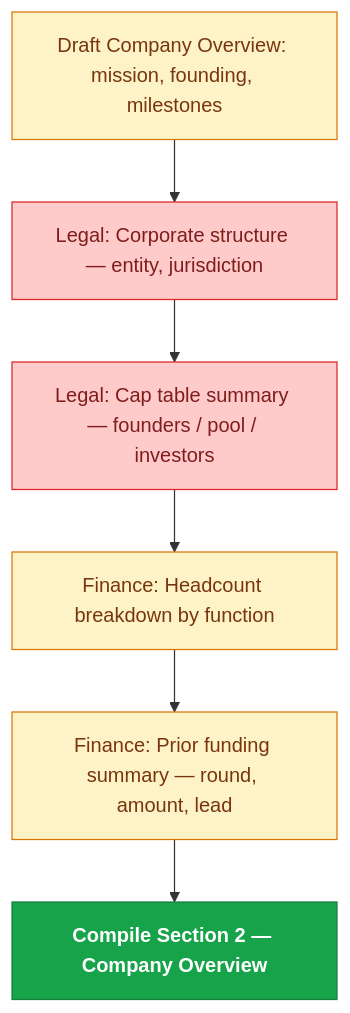
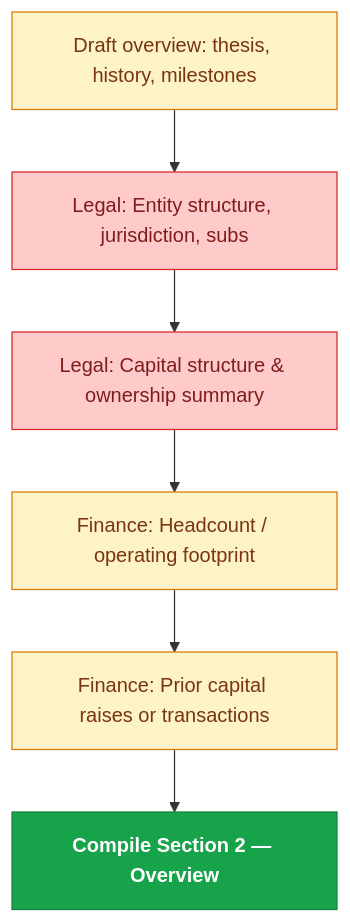
One commit to mrchanpark/IC-Memo-Flow-Chart-V2 changed the fourth of 16 diagrams in README.md. Above: the diagram before and after it, drawn with Mermaid. The commit also changed other lines of this file and 2 other files, not shown here.

````diff
--- a/README.md
+++ b/README.md
@@ -85,11 +86,11 @@
 ```mermaid
 flowchart TB
-  A["Draft Company Overview: mission, founding, milestones"]:::yel --> B["Legal: Corporate structure — entity, jurisdiction"]:::red
-  B --> C["Legal: Cap table summary — founders / pool / investors"]:::red
-  C --> D["Finance: Headcount breakdown by function"]:::yel
-  D --> E["Finance: Prior funding summary — round, amount, lead"]:::yel
-  E --> F["Compile Section 2 — Company Overview"]:::grnC
+  A["Draft overview: thesis, history, milestones"]:::yel --> B["Legal: Entity structure, jurisdiction, subs"]:::red
+  B --> C["Legal: Capital structure & ownership summary"]:::red
+  C --> D["Finance: Headcount / operating footprint"]:::yel
+  D --> E["Finance: Prior capital raises or transactions"]:::yel
+  E --> F["Compile Section 2 — Overview"]:::grnC
   classDef red fill:#fecaca,stroke:#dc2626,color:#7f1d1d
   classDef yel fill:#fef3c7,stroke:#d97706,color:#78350f
   classDef grnC fill:#16a34a,stroke:#15803d,color:#fff,font-weight:700
 ```
````
